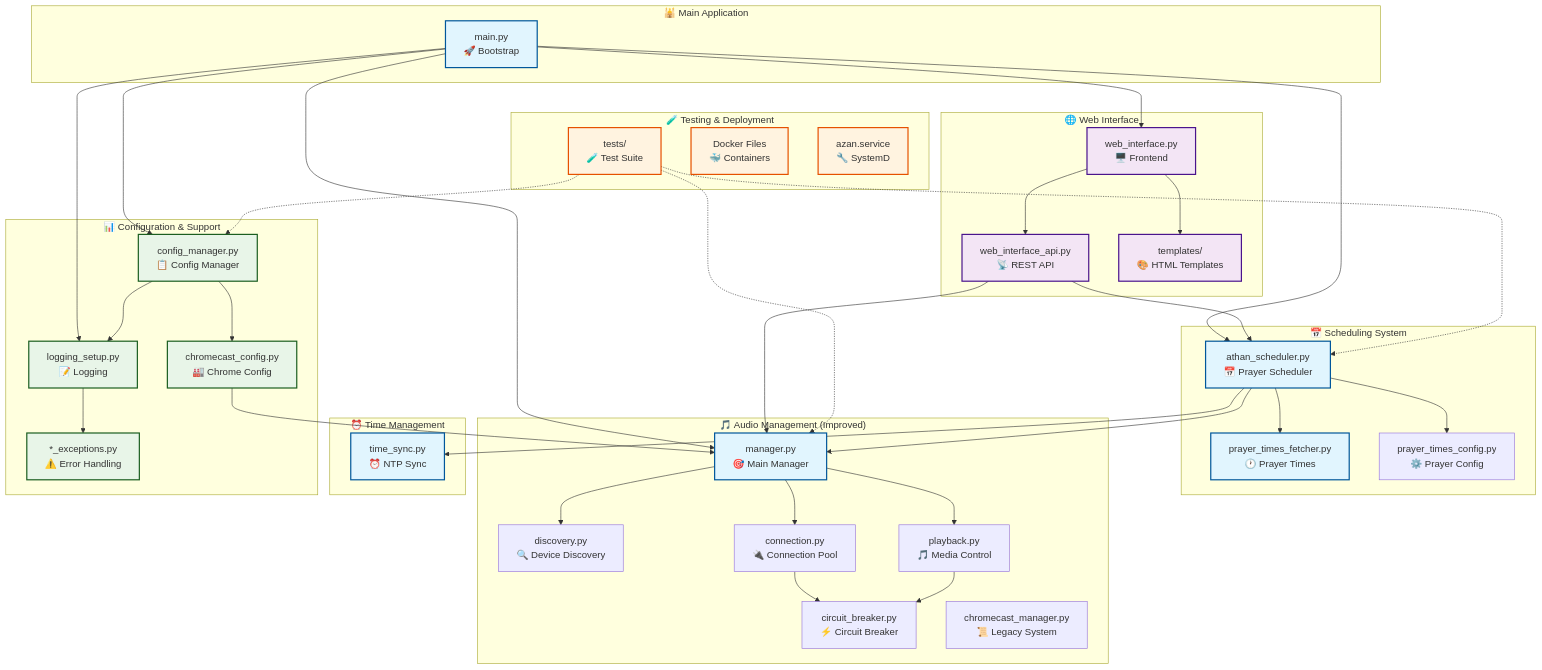
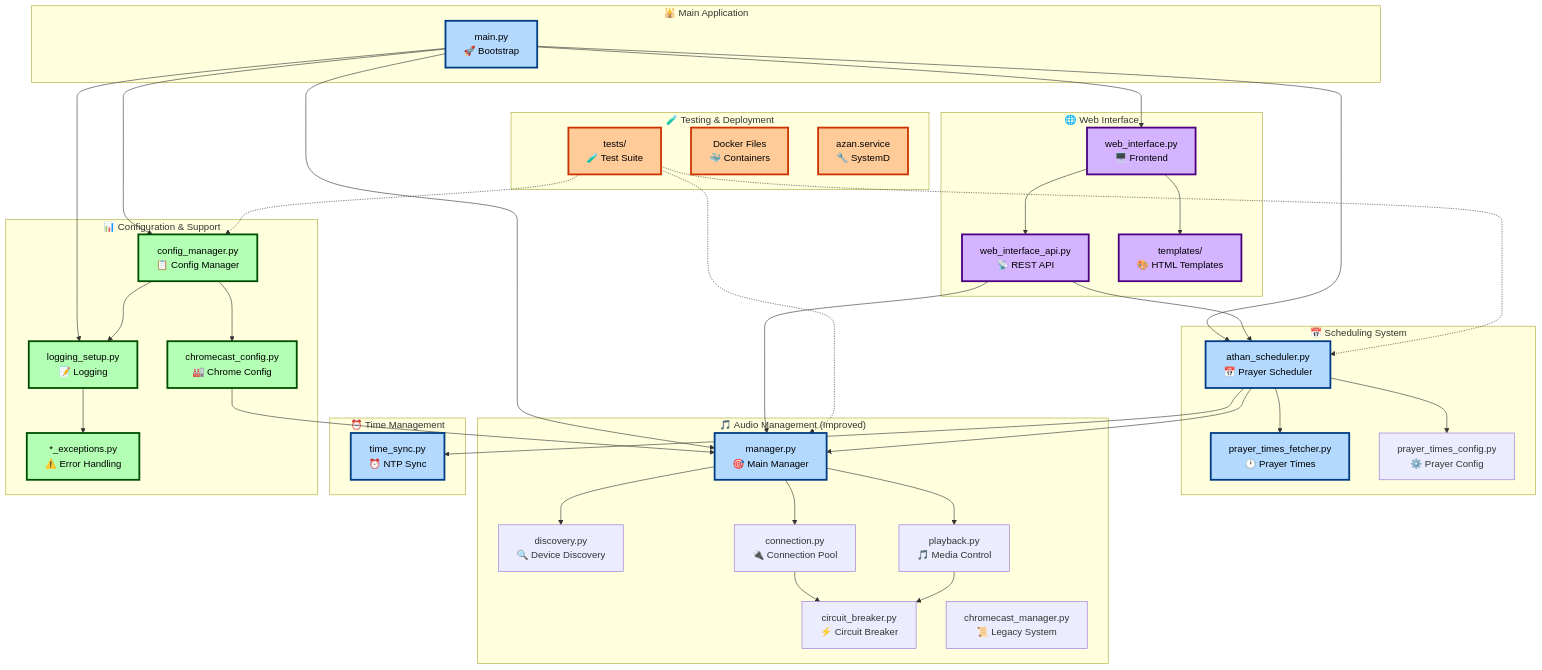
One commit to shenhab/Automated-Azan changed the second of 5 diagrams in ARCHITECTURE_MINDMAP.md. Above: the diagram before and after it, drawn with Mermaid. The commit also changed other lines of this file, not shown here.

```diff
--- a/ARCHITECTURE_MINDMAP.md
+++ b/ARCHITECTURE_MINDMAP.md
@@ -172,11 +172,11 @@
     TESTS -.-> SCHED
     TESTS -.-> CONFIG
 
-    %% Data flow styling
-    classDef coreModule fill:#e1f5fe,stroke:#01579b,stroke-width:2px
-    classDef webModule fill:#f3e5f5,stroke:#4a148c,stroke-width:2px
-    classDef configModule fill:#e8f5e8,stroke:#1b5e20,stroke-width:2px
-    classDef devModule fill:#fff3e0,stroke:#e65100,stroke-width:2px
+    %% Light/Dark mode compatible styling
+    classDef coreModule fill:#b3d9ff,stroke:#003d82,stroke-width:3px,color:#000000
+    classDef webModule fill:#d4b3ff,stroke:#4a0080,stroke-width:3px,color:#000000
+    classDef configModule fill:#b3ffb3,stroke:#004d00,stroke-width:3px,color:#000000
+    classDef devModule fill:#ffcc99,stroke:#cc3300,stroke-width:3px,color:#000000
 
     class MAIN,SCHED,MANAGER,TIMESYNC,PRAYER coreModule
     class WEB,API,TEMPLATES webModule
```
